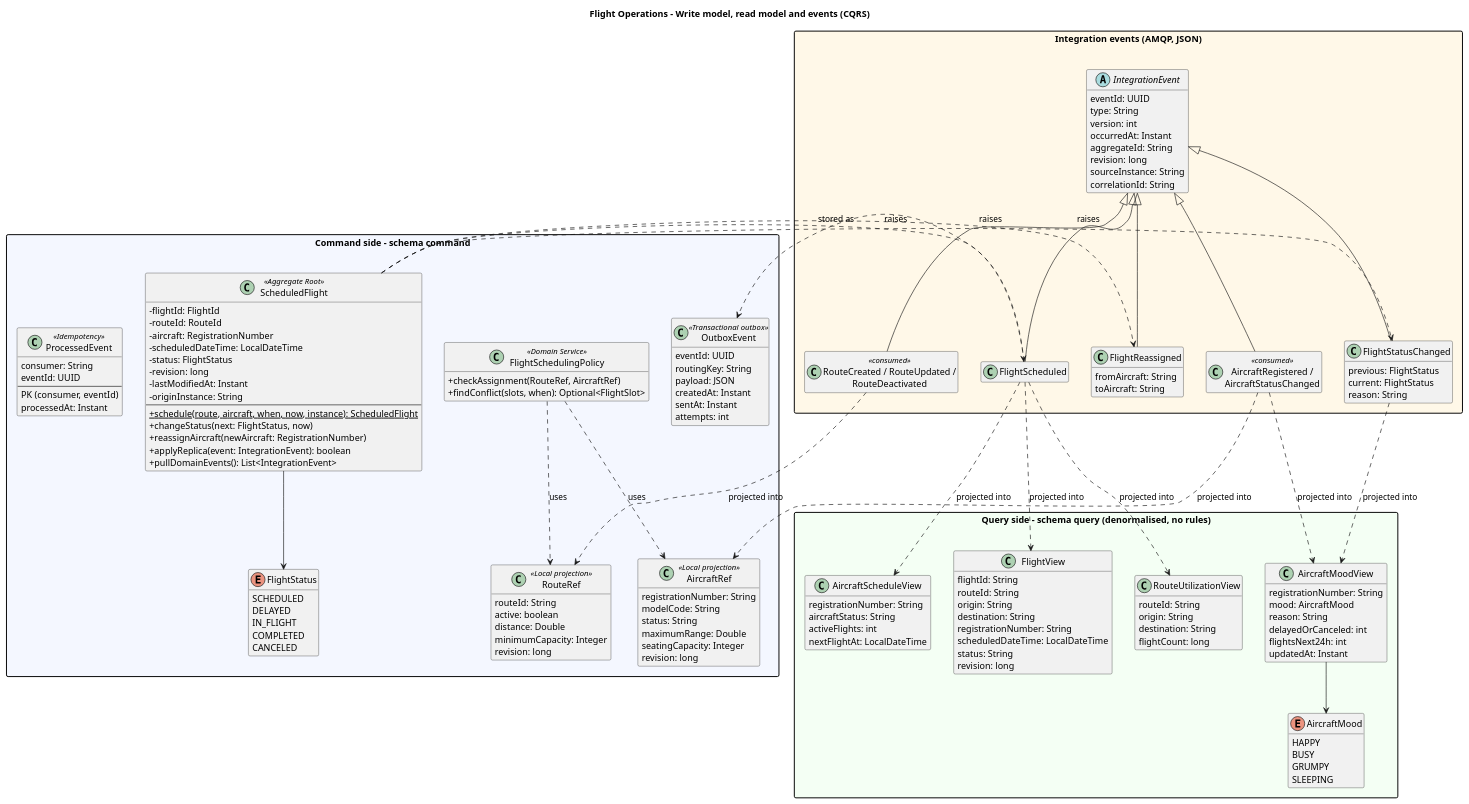
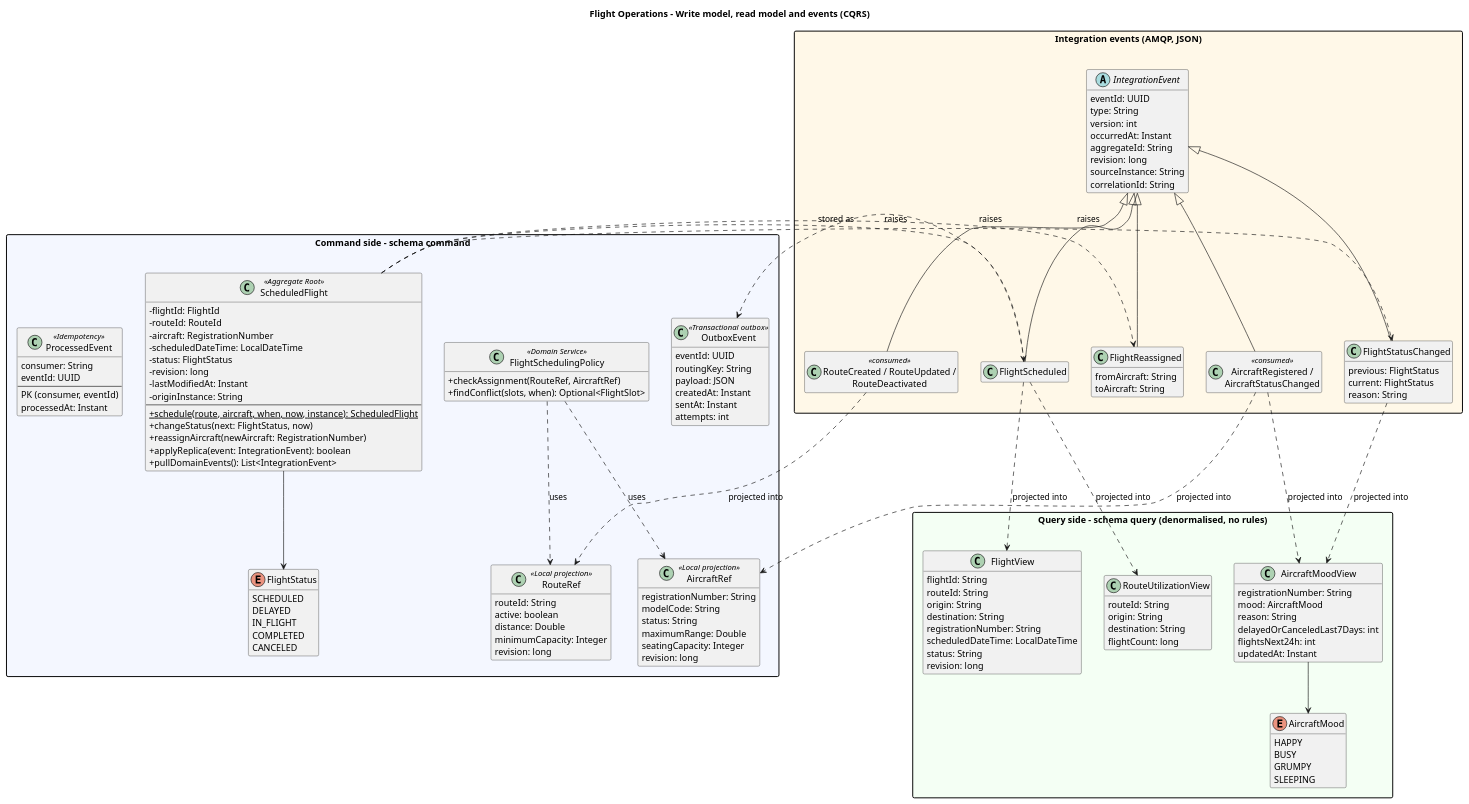
Before and after one commit to anamartasilvaa/SIDIG_AI_Safe: the diagram in Services/Flighting Operations/docs/class-diagram-flight-operations.puml, drawn with PlantUML. The commit also changed 9 other files, not shown here.

Commit message:
FO: diagramas atualizados com a versão

```diff
--- a/Services/Flighting Operations/docs/class-diagram-flight-operations.puml
+++ b/Services/Flighting Operations/docs/class-diagram-flight-operations.puml
@@ -1,153 +1,146 @@
 @startuml class-diagram-flight-operations
 skinparam classAttributeIconSize 0
 skinparam packageStyle rectangle
 skinparam shadowing false
 hide empty members
 title Flight Operations - Write model, read model and events (CQRS)
 
 package "Command side - schema command" #F4F7FF {
   class ScheduledFlight <<Aggregate Root>> {
     - flightId: FlightId
     - routeId: RouteId
     - aircraft: RegistrationNumber
     - scheduledDateTime: LocalDateTime
     - status: FlightStatus
     - revision: long
     - lastModifiedAt: Instant
     - originInstance: String
     --
     + {static} schedule(route, aircraft, when, now, instance): ScheduledFlight
     + changeStatus(next: FlightStatus, now)
     + reassignAircraft(newAircraft: RegistrationNumber)
     + applyReplica(event: IntegrationEvent): boolean
     + pullDomainEvents(): List<IntegrationEvent>
   }
   enum FlightStatus {
     SCHEDULED
     DELAYED
     IN_FLIGHT
     COMPLETED
     CANCELED
   }
   class FlightSchedulingPolicy <<Domain Service>> {
     + checkAssignment(RouteRef, AircraftRef)
     + findConflict(slots, when): Optional<FlightSlot>
   }
   class AircraftRef <<Local projection>> {
     registrationNumber: String
     modelCode: String
     status: String
     maximumRange: Double
     seatingCapacity: Integer
     revision: long
   }
   class RouteRef <<Local projection>> {
     routeId: String
     active: boolean
     distance: Double
     minimumCapacity: Integer
     revision: long
   }
   class OutboxEvent <<Transactional outbox>> {
     eventId: UUID
     routingKey: String
     payload: JSON
     createdAt: Instant
     sentAt: Instant
     attempts: int
   }
   class ProcessedEvent <<Idempotency>> {
     consumer: String
     eventId: UUID
     --
     PK (consumer, eventId)
     processedAt: Instant
   }
 }
 
 package "Query side - schema query (denormalised, no rules)" #F4FFF4 {
   class FlightView {
     flightId: String
     routeId: String
     origin: String
     destination: String
     registrationNumber: String
     scheduledDateTime: LocalDateTime
     status: String
     revision: long
   }
   class RouteUtilizationView {
     routeId: String
     origin: String
     destination: String
     flightCount: long
   }
-  class AircraftScheduleView {
-    registrationNumber: String
-    aircraftStatus: String
-    activeFlights: int
-    nextFlightAt: LocalDateTime
-  }
   class AircraftMoodView {
     registrationNumber: String
     mood: AircraftMood
     reason: String
-    delayedOrCanceled: int
+    delayedOrCanceledLast7Days: int
     flightsNext24h: int
     updatedAt: Instant
   }
   enum AircraftMood {
     HAPPY
     BUSY
     GRUMPY
     SLEEPING
   }
 }
 
 package "Integration events (AMQP, JSON)" #FFF8E8 {
   abstract class IntegrationEvent {
     eventId: UUID
     type: String
     version: int
     occurredAt: Instant
     aggregateId: String
     revision: long
     sourceInstance: String
     correlationId: String
   }
   class FlightScheduled
   class FlightStatusChanged {
     previous: FlightStatus
     current: FlightStatus
     reason: String
   }
   class FlightReassigned {
     fromAircraft: String
     toAircraft: String
   }
   class "AircraftRegistered /\nAircraftStatusChanged" as AircraftEvents <<consumed>>
   class "RouteCreated / RouteUpdated /\nRouteDeactivated" as RouteEvents <<consumed>>
 }
 
 ScheduledFlight --> FlightStatus
 ScheduledFlight ..> FlightScheduled : raises
 ScheduledFlight ..> FlightStatusChanged : raises
 ScheduledFlight ..> FlightReassigned : raises
 FlightSchedulingPolicy ..> AircraftRef : uses
 FlightSchedulingPolicy ..> RouteRef : uses
 IntegrationEvent <|-- FlightScheduled
 IntegrationEvent <|-- FlightStatusChanged
 IntegrationEvent <|-- FlightReassigned
 IntegrationEvent <|-- AircraftEvents
 IntegrationEvent <|-- RouteEvents
 FlightScheduled ..> OutboxEvent : stored as
 AircraftMoodView --> AircraftMood
 
 FlightScheduled ..> FlightView : projected into
 FlightScheduled ..> RouteUtilizationView : projected into
-FlightScheduled ..> AircraftScheduleView : projected into
 FlightStatusChanged ..> AircraftMoodView : projected into
 AircraftEvents ..> AircraftRef : projected into
 AircraftEvents ..> AircraftMoodView : projected into
 RouteEvents ..> RouteRef : projected into
 @enduml
```
